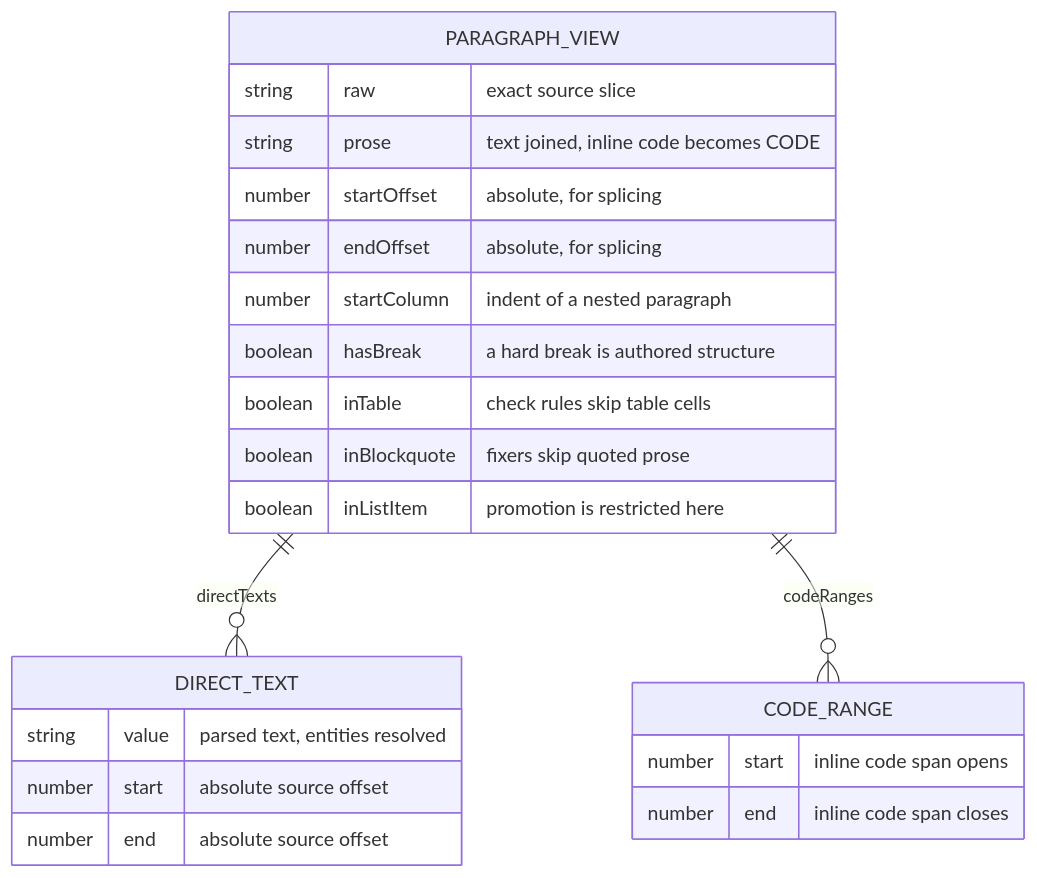
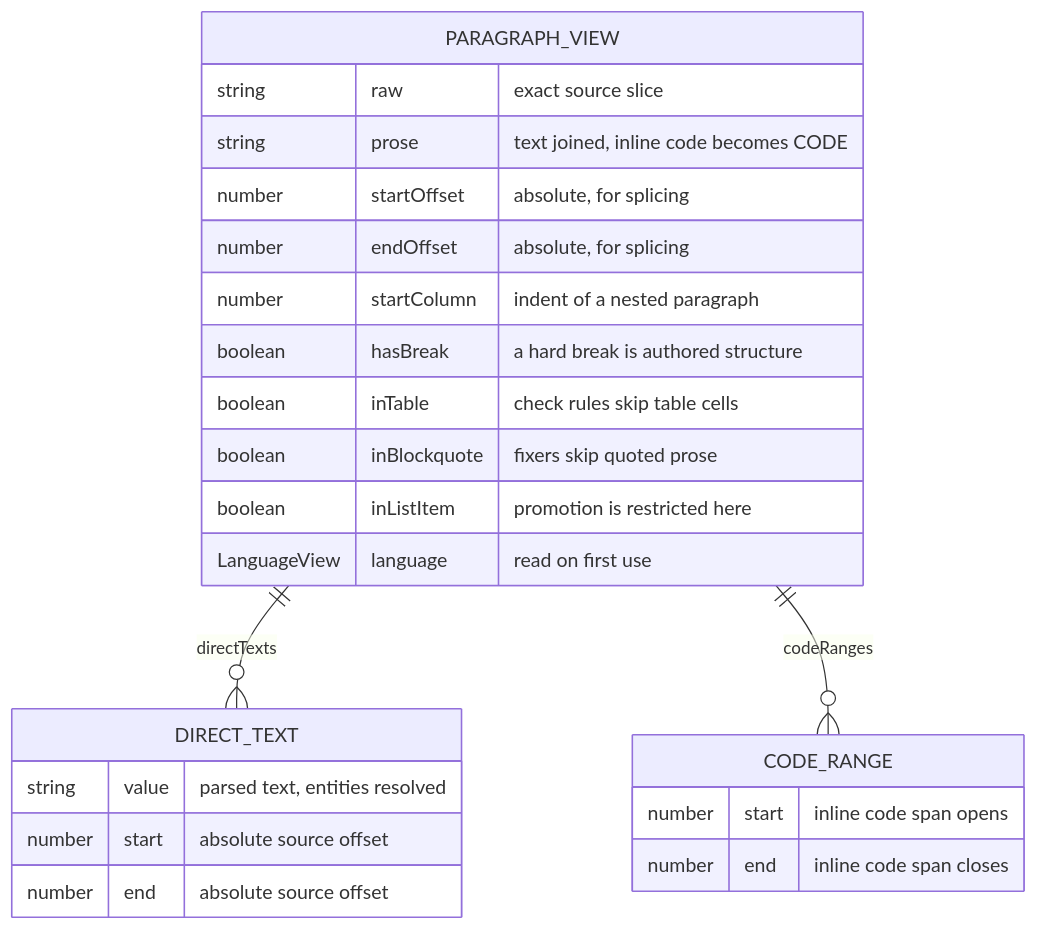
The second of 20 diagrams in docs/DATA_MODEL.md (jpeakai/jpai-prose-gates), drawn with Mermaid before and after one commit. The commit also changed other lines of this file and 163 other files, not shown here.

````diff
--- a/docs/DATA_MODEL.md
+++ b/docs/DATA_MODEL.md
@@ -57,26 +58,27 @@
 ```mermaid
 erDiagram
     PARAGRAPH_VIEW ||--o{ DIRECT_TEXT : "directTexts"
     PARAGRAPH_VIEW ||--o{ CODE_RANGE : "codeRanges"
 
     PARAGRAPH_VIEW {
         string raw "exact source slice"
         string prose "text joined, inline code becomes CODE"
         number startOffset "absolute, for splicing"
         number endOffset "absolute, for splicing"
         number startColumn "indent of a nested paragraph"
         boolean hasBreak "a hard break is authored structure"
         boolean inTable "check rules skip table cells"
         boolean inBlockquote "fixers skip quoted prose"
         boolean inListItem "promotion is restricted here"
+        LanguageView language "read on first use"
     }
     DIRECT_TEXT {
         string value "parsed text, entities resolved"
         number start "absolute source offset"
         number end "absolute source offset"
     }
     CODE_RANGE {
         number start "inline code span opens"
         number end "inline code span closes"
     }
 ```
````
